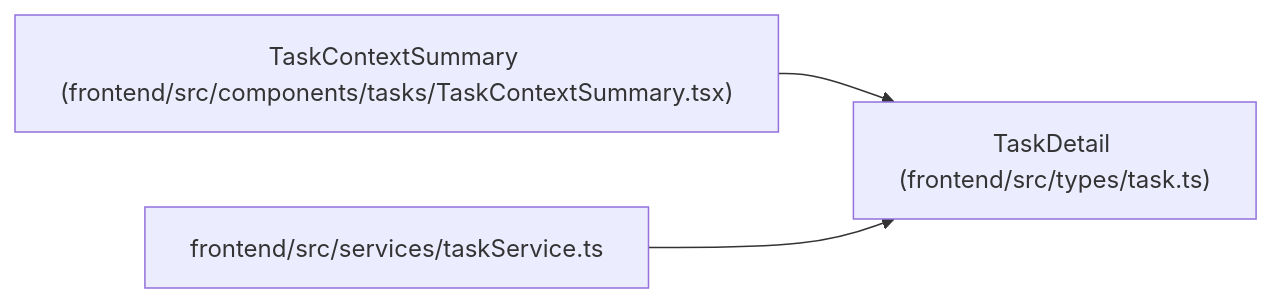
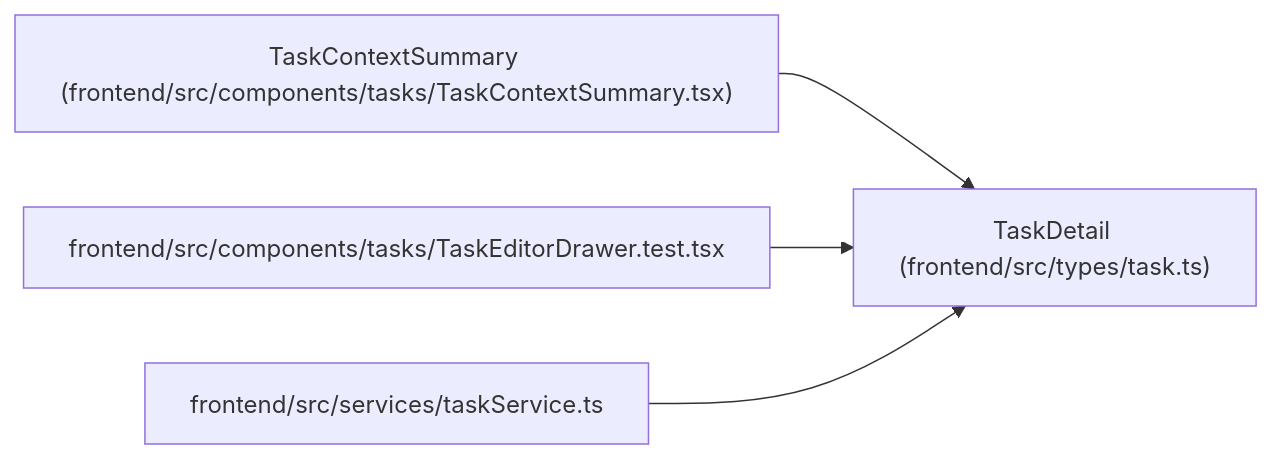
The diagram in docs/llm_wiki/entities/TaskDetail.md (Denissvgn/WorkChord), drawn with Mermaid before and after one commit. The commit also changed other lines of this file and 2509 other files, not shown here.

````diff
--- a/docs/llm_wiki/entities/TaskDetail.md
+++ b/docs/llm_wiki/entities/TaskDetail.md
@@ -30,11 +30,14 @@
 ```mermaid
 flowchart LR
     n0["TaskDetail (frontend/src/types/task.ts)"]
     n1["TaskContextSummary (frontend/src/components/tasks/TaskContextSummary.tsx)"]
-    n2["frontend/src/services/taskService.ts"]
+    n2["frontend/src/components/tasks/TaskEditorDrawer.test.tsx"]
+    n3["frontend/src/services/taskService.ts"]
     n1 --> n0
     n2 --> n0
+    n3 --> n0
     click n0 "../modules/types_task.md"
     click n1 "../modules/TaskContextSummary.md"
-    click n2 "../modules/taskService.md"
+    click n2 "../modules/TaskEditorDrawer.test.md"
+    click n3 "../modules/taskService.md"
 ```
````
